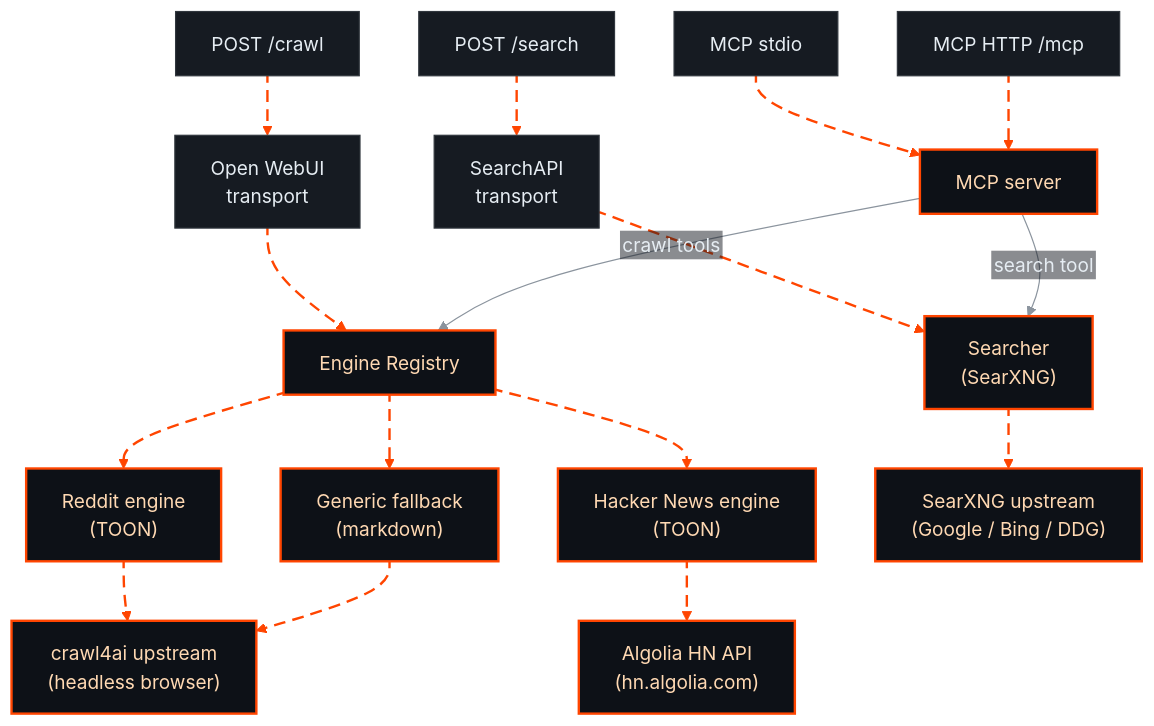
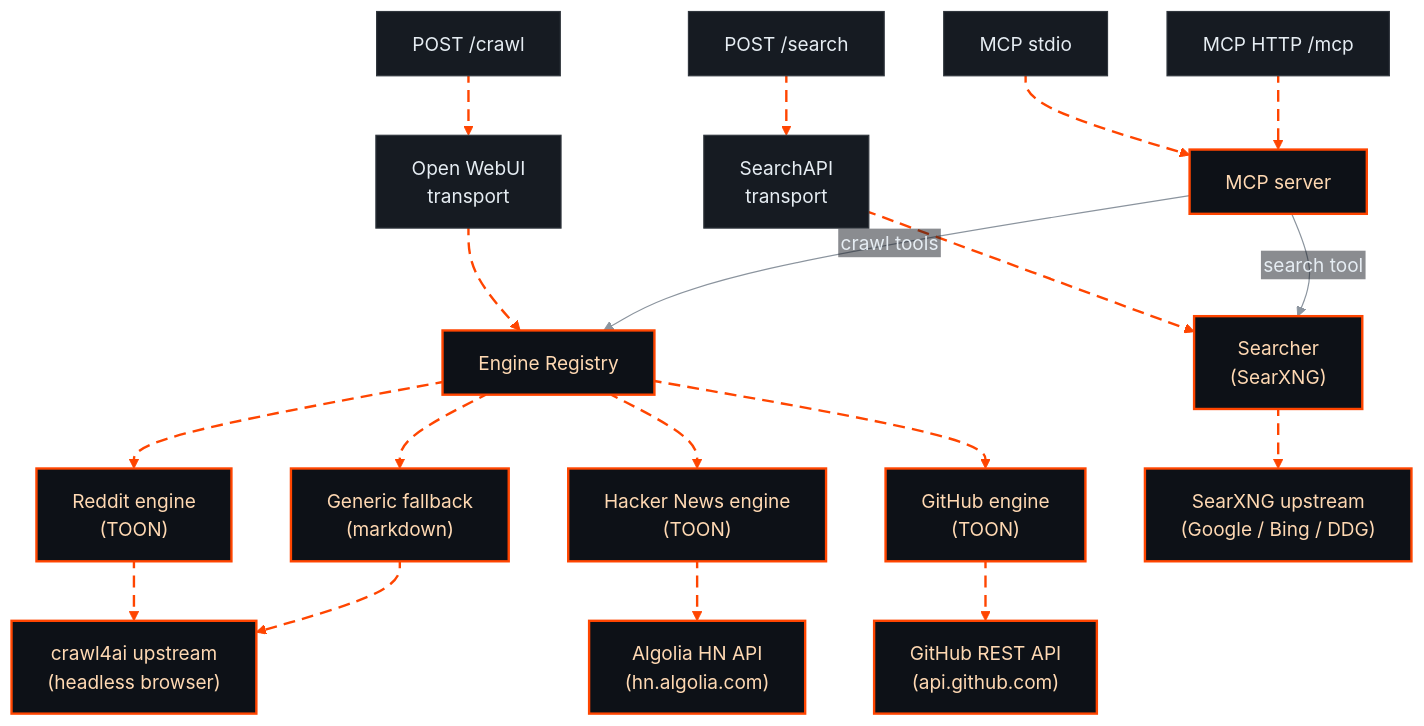
Before and after one commit to kinorai/omnifeed: the diagram in README.md, drawn with Mermaid. The commit also changed other lines of this file and 6 other files, not shown here.

First line of the commit message:
feat(github): dedicated engine for issues and pull requests via the REST API

````diff
--- a/README.md
+++ b/README.md
@@ -229,28 +230,30 @@
 ```mermaid
 %%{init: {"theme":"base","themeVariables":{"background":"transparent","mainBkg":"#161b22","primaryColor":"#161b22","primaryTextColor":"#e6edf3","primaryBorderColor":"#FF4500","lineColor":"#8b949e","secondaryColor":"#161b22","tertiaryColor":"#161b22"},"flowchart":{"curve":"basis","htmlLabels":false}}}%%
 flowchart TB
   crawl["POST /crawl"] e1@--> owt["Open WebUI<br/>transport"]
   search["POST /search"] e2@--> sat["SearchAPI<br/>transport"]
   mcpStdio["MCP stdio"] e3@--> mcp["MCP server"]
   mcpHTTP["MCP HTTP /mcp"] e4@--> mcp
 
   owt e5@--> reg["Engine Registry"]
   mcp -- crawl tools --> reg
   sat e6@--> searcher["Searcher<br/>(SearXNG)"]
   mcp -- search tool --> searcher
 
   reg e7@--> reddit["Reddit engine<br/>(TOON)"]
   reg e12@--> hn["Hacker News engine<br/>(TOON)"]
+  reg e14@--> gh["GitHub engine<br/>(TOON)"]
   reg e8@--> generic["Generic fallback<br/>(markdown)"]
   reddit e9@--> c4["crawl4ai upstream<br/>(headless browser)"]
   generic e10@--> c4
   hn e13@--> algolia["Algolia HN API<br/>(hn.algolia.com)"]
+  gh e15@--> ghapi["GitHub REST API<br/>(api.github.com)"]
   searcher e11@--> sx["SearXNG upstream<br/>(Google / Bing / DDG)"]
 
   classDef box fill:#161b22,stroke:#30363d,stroke-width:1px,color:#e6edf3;
   classDef accent fill:#0d1117,stroke:#FF4500,stroke-width:2px,color:#ffd9b3;
   classDef animate stroke:#FF4500,stroke-width:2px,stroke-dasharray:10 6,stroke-dashoffset:900,animation:dash 14s linear infinite;
   class crawl,search,mcpStdio,mcpHTTP,owt,sat box;
-  class mcp,reg,searcher,reddit,hn,generic,c4,sx,algolia accent;
-  class e1,e2,e3,e4,e5,e6,e7,e8,e9,e10,e11,e12,e13 animate;
+  class mcp,reg,searcher,reddit,hn,gh,generic,c4,sx,algolia,ghapi accent;
+  class e1,e2,e3,e4,e5,e6,e7,e8,e9,e10,e11,e12,e13,e14,e15 animate;
 ```
````
